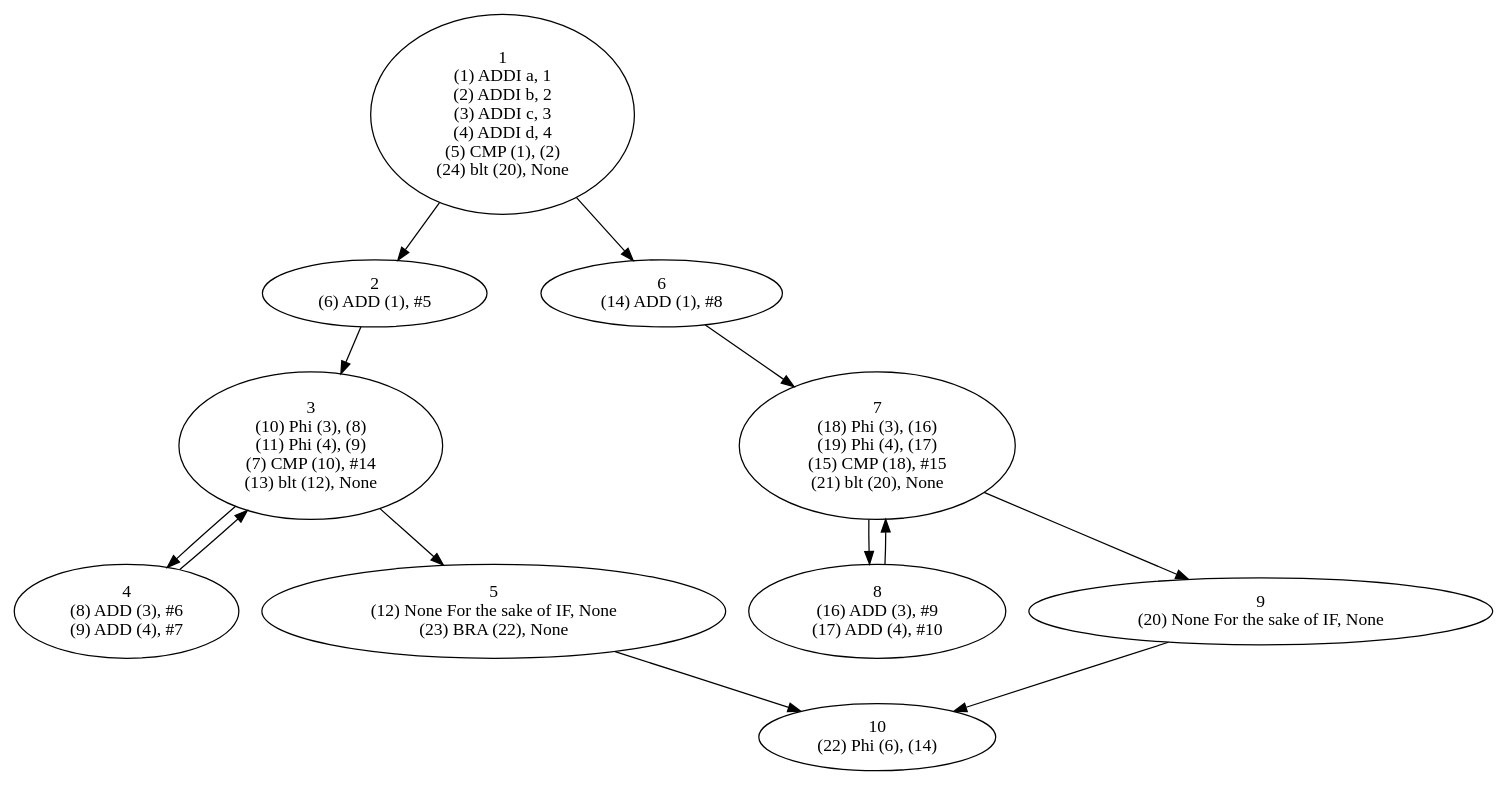
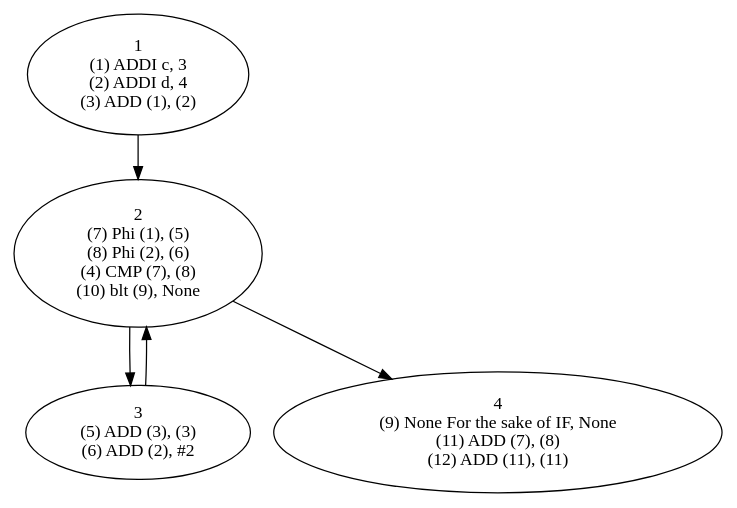
The diagram in grid1.dot (amatii/compiler), drawn with Graphviz before and after one commit. The commit also changed 7 other files, not shown here.

Commit message:
updated the While (bug for the outside_while block SSA table, using old SSA of join block), and added the interference graph generator: there is still a bug. why the in_loop instructions go up to the root? how to deal with Phi?, also updated the util for visulizing the Live graph

```diff
--- a/grid1.dot
+++ b/grid1.dot
@@ -1,24 +1,10 @@
 strict digraph  {
-1 [label="1\n(1) ADDI a, 1\n(2) ADDI b, 2\n(3) ADDI c, 3\n(4) ADDI d, 4\n(5) CMP (1), (2)\n(24) blt (20), None"];
-2 [label="2\n(6) ADD (1), #5"];
-3 [label="3\n(10) Phi (3), (8)\n(11) Phi (4), (9)\n(7) CMP (10), #14\n(13) blt (12), None"];
-4 [label="4\n(8) ADD (3), #6\n(9) ADD (4), #7"];
-5 [label="5\n(12) None For the sake of IF, None\n(23) BRA (22), None"];
-6 [label="6\n(14) ADD (1), #8"];
-7 [label="7\n(18) Phi (3), (16)\n(19) Phi (4), (17)\n(15) CMP (18), #15\n(21) blt (20), None"];
-8 [label="8\n(16) ADD (3), #9\n(17) ADD (4), #10"];
-9 [label="9\n(20) None For the sake of IF, None"];
-10 [label="10\n(22) Phi (6), (14)"];
+1 [label="1\n(1) ADDI c, 3\n(2) ADDI d, 4\n(3) ADD (1), (2)"];
+2 [label="2\n(7) Phi (1), (5)\n(8) Phi (2), (6)\n(4) CMP (7), (8)\n(10) blt (9), None"];
+3 [label="3\n(5) ADD (3), (3)\n(6) ADD (2), #2"];
+4 [label="4\n(9) None For the sake of IF, None\n(11) ADD (7), (8)\n(12) ADD (11), (11)"];
 1 -> 2;
-1 -> 6;
 2 -> 3;
-3 -> 4;
-3 -> 5;
-4 -> 3;
-5 -> 10;
-6 -> 7;
-7 -> 8;
-7 -> 9;
-8 -> 7;
-9 -> 10;
+2 -> 4;
+3 -> 2;
 }
```
